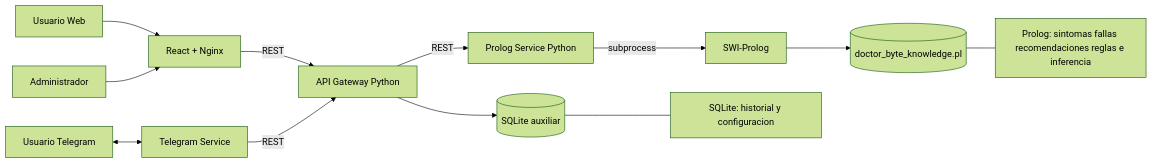
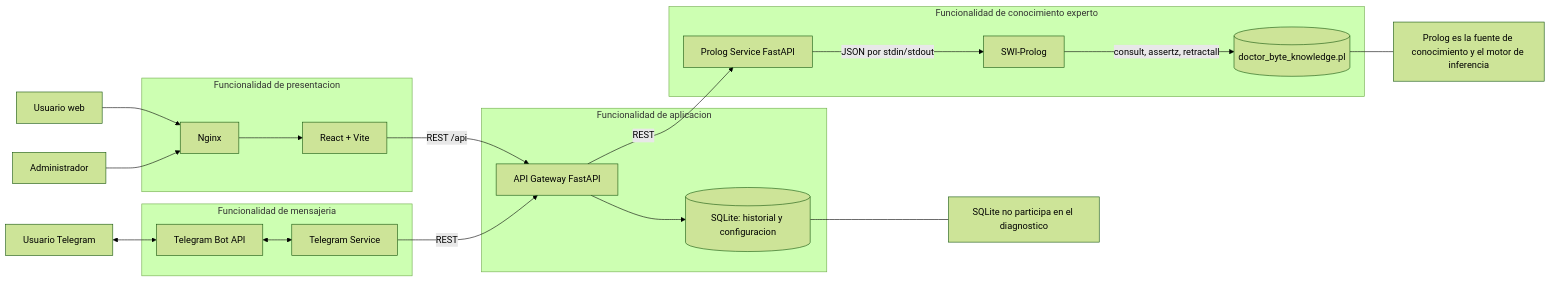
The diagram in proyecto_f1/docs/arquitectura.mmd (Pablo-Fernandez-001/IA1_VACASJUN2026_PABLOFERNANDEZ_201807411), drawn with Mermaid (forest theme) before and after one commit. The commit also changed 127 other files, not shown here.

```diff
--- a/proyecto_f1/docs/arquitectura.mmd
+++ b/proyecto_f1/docs/arquitectura.mmd
@@ -1,15 +1,42 @@
 flowchart LR
-    U[Usuario Web] --> F[React + Nginx]
-    A[Administrador] --> F
-    T[Usuario Telegram] <--> TS[Telegram Service]
-    F -->|REST| G[API Gateway Python]
-    TS -->|REST| G
-    G -->|REST| P[Prolog Service Python]
-    P -->|subprocess| SWI[SWI-Prolog]
-    SWI --> KB[(doctor_byte_knowledge.pl)]
-    G --> DB[(SQLite auxiliar)]
+    UW[Usuario web]
+    AD[Administrador]
+    UT[Usuario Telegram]
 
-    note1[SQLite: historial y configuracion]
-    note2[Prolog: sintomas fallas recomendaciones reglas e inferencia]
-    DB --- note1
-    KB --- note2
+    subgraph Presentacion[Funcionalidad de presentacion]
+        NG[Nginx]
+        RE[React + Vite]
+    end
+
+    subgraph Aplicacion[Funcionalidad de aplicacion]
+        GW[API Gateway FastAPI]
+        DB[(SQLite: historial y configuracion)]
+    end
+
+    subgraph Experto[Funcionalidad de conocimiento experto]
+        PS[Prolog Service FastAPI]
+        SWI[SWI-Prolog]
+        KB[(doctor_byte_knowledge.pl)]
+    end
+
+    subgraph Mensajeria[Funcionalidad de mensajeria]
+        TS[Telegram Service]
+        TAPI[Telegram Bot API]
+    end
+
+    UW --> NG --> RE
+    AD --> NG
+    RE -->|REST /api| GW
+    GW -->|REST| PS
+    PS -->|JSON por stdin/stdout| SWI
+    SWI -->|consult, assertz, retractall| KB
+    GW --> DB
+
+    UT <--> TAPI
+    TAPI <--> TS
+    TS -->|REST| GW
+
+    NOTE1[Prolog es la fuente de conocimiento y el motor de inferencia]
+    NOTE2[SQLite no participa en el diagnostico]
+    KB --- NOTE1
+    DB --- NOTE2
```
